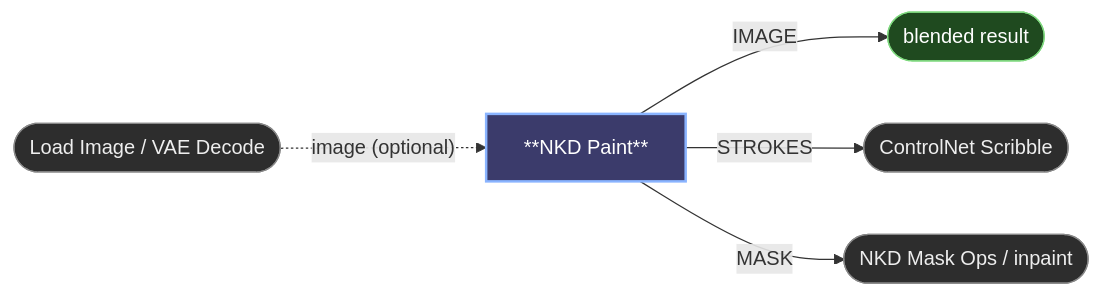
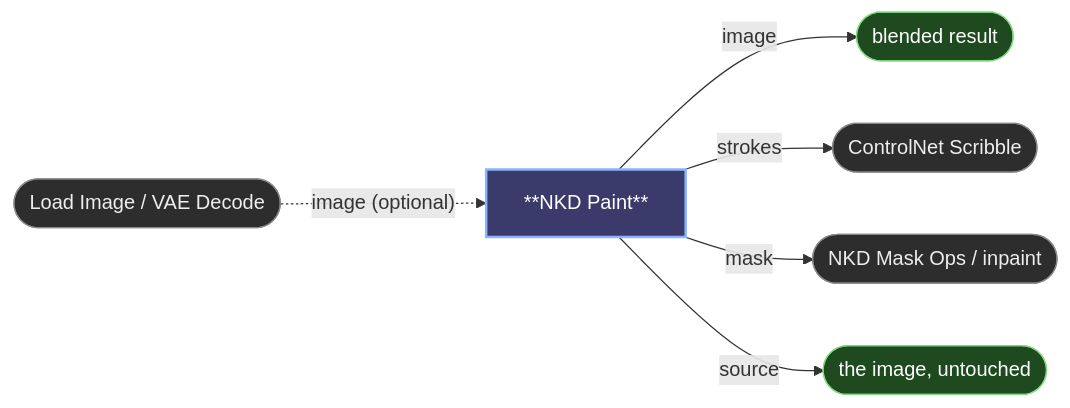
One commit to Nekodificador/ComfyUI-NKD-Basic-Tools changed the diagram in docs/paint.md. Above: the diagram before and after it, drawn with Mermaid. The commit also changed other lines of this file and 2 other files, not shown here.

Commit message:
feat: Paint passes the untouched source through; outputs named in lowercase

````diff
--- a/docs/paint.md
+++ b/docs/paint.md
@@ -10,12 +10,13 @@
 ```mermaid
 flowchart LR
     LI(["Load Image / VAE Decode"]):::input -. "image (optional)" .-> PAINT
-    PAINT["**NKD Paint**"]:::nkd -- IMAGE --> BLEND(["blended result"]):::output
-    PAINT -- STROKES --> CN(["ControlNet Scribble"]):::external
-    PAINT -- MASK --> MO(["NKD Mask Ops / inpaint"]):::external
+    PAINT["**NKD Paint**"]:::nkd -- image --> BLEND(["blended result"]):::output
+    PAINT -- strokes --> CN(["ControlNet Scribble"]):::external
+    PAINT -- mask --> MO(["NKD Mask Ops / inpaint"]):::external
+    PAINT -- source --> SRC(["the image, untouched"]):::output
 
     classDef nkd fill:#3b3b6b,stroke:#8ab4ff,stroke-width:2px,color:#fff
     classDef input fill:#2d2d2d,stroke:#888,color:#eee
     classDef external fill:#2d2d2d,stroke:#888,color:#eee
     classDef output fill:#1f4a1f,stroke:#7fd97f,color:#fff
 ```
````
